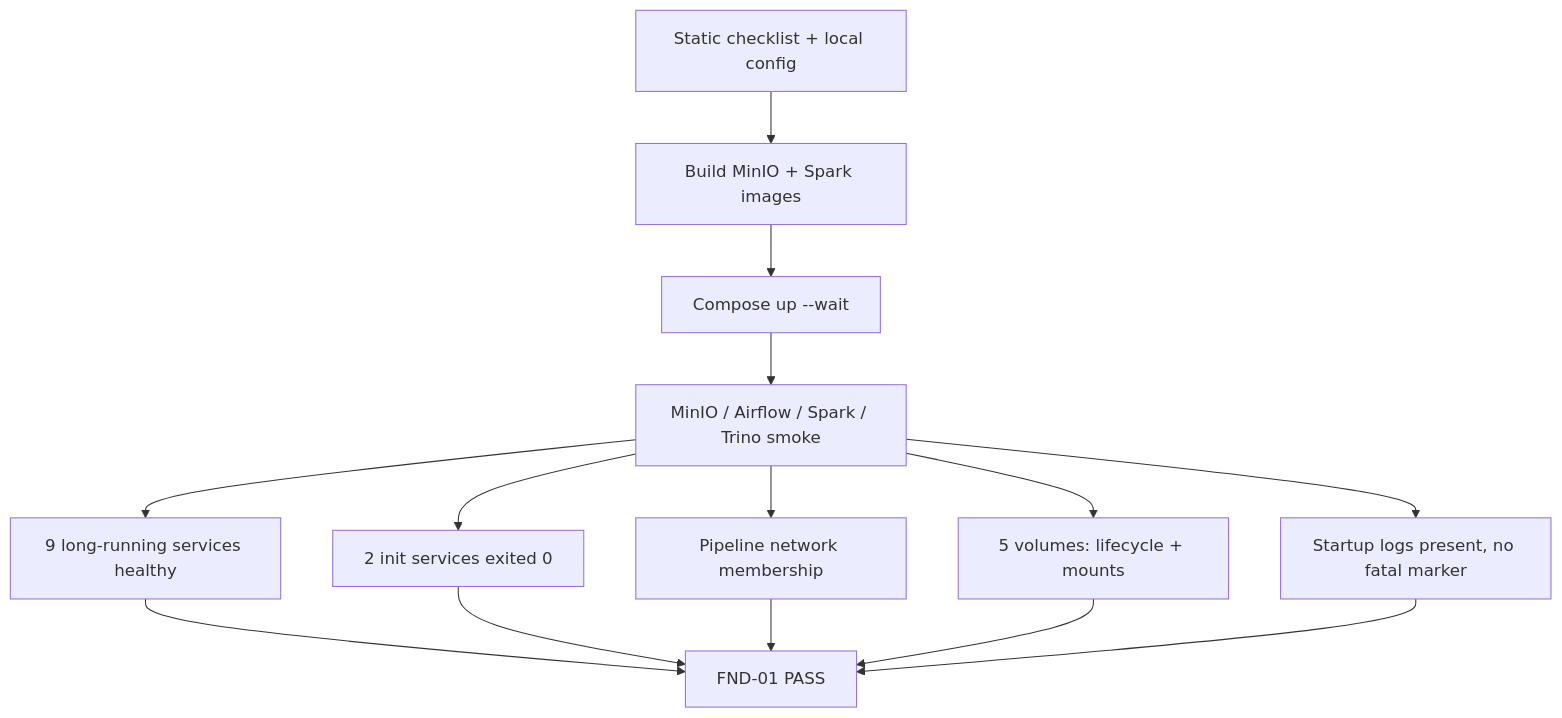
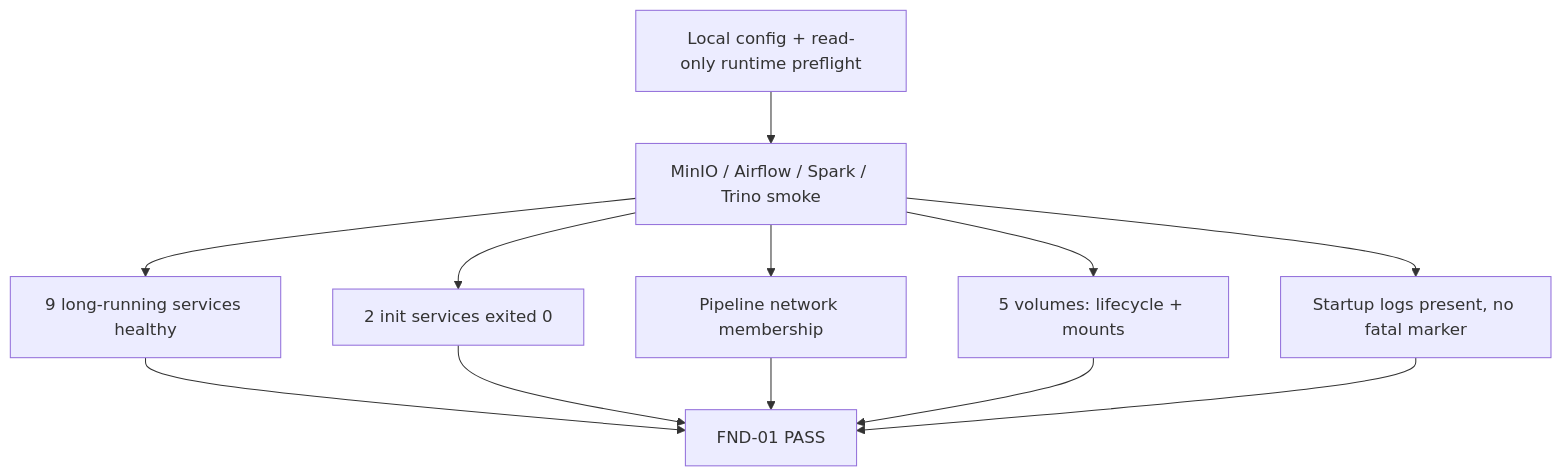
The diagram in docs/specs/FOUNDATION_SMOKE.md (HoaiTam/japan-earthquake-etl), drawn with Mermaid before and after one commit. The commit also changed other lines of this file and 30 other files, not shown here.

Commit message:
fix(compose): separate docker startup from runtime tests (#69)

````diff
--- a/docs/specs/FOUNDATION_SMOKE.md
+++ b/docs/specs/FOUNDATION_SMOKE.md
@@ -47,25 +47,23 @@
 ```mermaid
 flowchart TD
-    CONFIG["Static checklist + local config"]
-    BUILD["Build MinIO + Spark images"]
-    START["Compose up --wait"]
+    CONFIG["Local config + read-only runtime preflight"]
     SMOKES["MinIO / Airflow / Spark / Trino smoke"]
     HEALTH["9 long-running services healthy"]
     INIT["2 init services exited 0"]
     NETWORK["Pipeline network membership"]
     VOLUMES["5 volumes: lifecycle + mounts"]
     LOGS["Startup logs present, no fatal marker"]
     PASS["FND-01 PASS"]
 
-    CONFIG --> BUILD --> START --> SMOKES
+    CONFIG --> SMOKES
     SMOKES --> HEALTH
     SMOKES --> INIT
     SMOKES --> NETWORK
     SMOKES --> VOLUMES
     SMOKES --> LOGS
     HEALTH --> PASS
     INIT --> PASS
     NETWORK --> PASS
     VOLUMES --> PASS
     LOGS --> PASS
 ```
````
